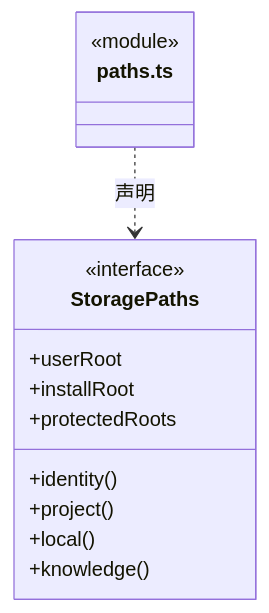
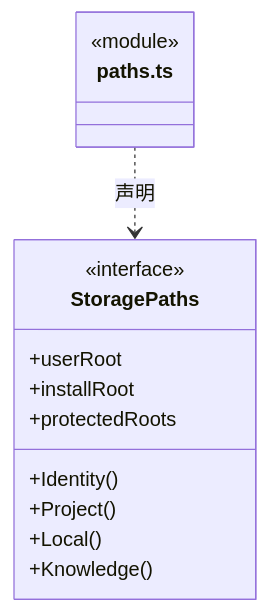
Before and after one commit to nan023062/cbim: the diagram in src/logic/workspace/ports/ARCHITECTURE.md, drawn with Mermaid. The commit also changed 1035 other files, not shown here.

````diff
--- a/src/logic/workspace/ports/ARCHITECTURE.md
+++ b/src/logic/workspace/ports/ARCHITECTURE.md
@@ -23,17 +23,17 @@
 ```mermaid
 classDiagram
 class N_src_logic_workspace_ports_paths_ts["paths.ts"] {
   <<module>>
 }
 class N_src_logic_workspace_ports_paths_ts_StoragePaths["StoragePaths"] {
   <<interface>>
   +userRoot
   +installRoot
   +protectedRoots
-  +identity()
-  +project()
-  +local()
-  +knowledge()
+  +Identity()
+  +Project()
+  +Local()
+  +Knowledge()
 }
 N_src_logic_workspace_ports_paths_ts ..> N_src_logic_workspace_ports_paths_ts_StoragePaths : 声明
 ```
````
